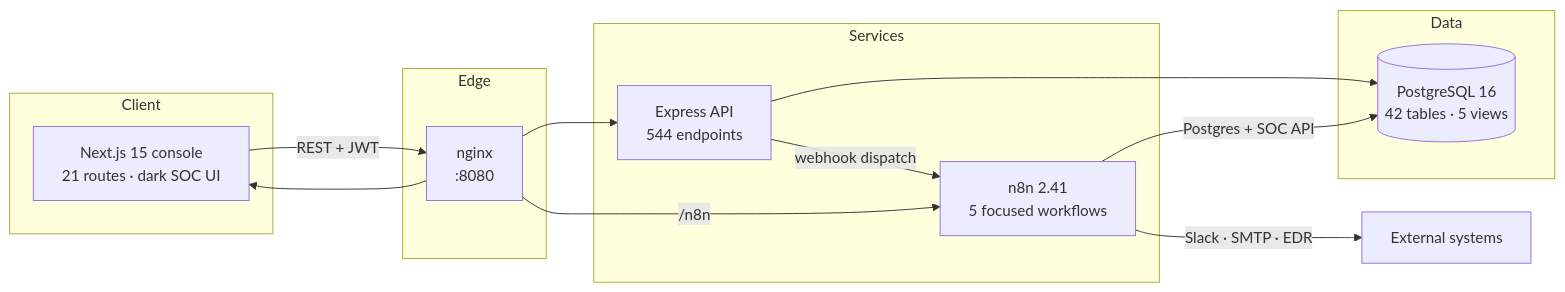
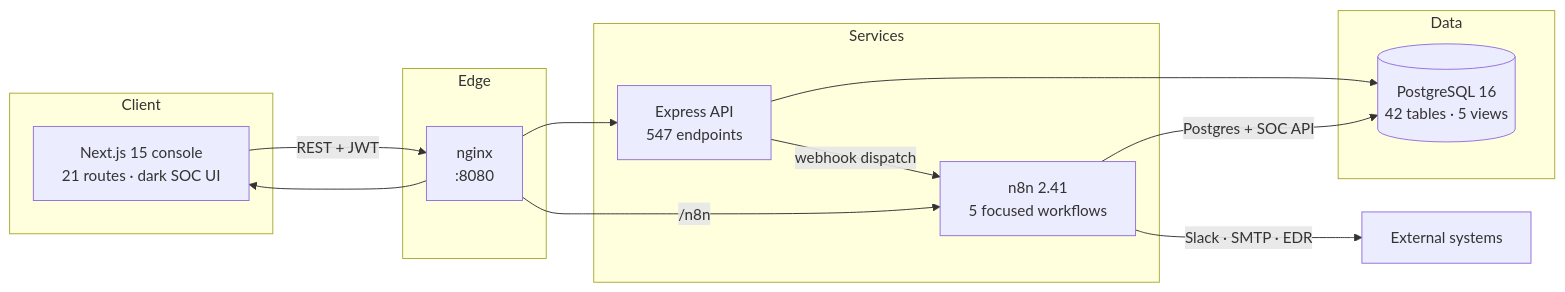
The diagram in README.md (Chamm286/MedicareGuard), drawn with Mermaid before and after one commit. The commit also changed other lines of this file and 79 other files, not shown here.

````diff
--- a/README.md
+++ b/README.md
@@ -57,28 +57,28 @@
 ```mermaid
 flowchart LR
   subgraph Client
     B["Next.js 15 console<br/>21 routes · dark SOC UI"]
   end
 
   subgraph Edge
     N["nginx<br/>:8080"]
   end
 
   subgraph Services
-    A["Express API<br/>544 endpoints"]
+    A["Express API<br/>547 endpoints"]
     W["n8n 2.41<br/>5 focused workflows"]
   end
 
   subgraph Data
     P[("PostgreSQL 16<br/>42 tables · 5 views")]
   end
 
   B -->|REST + JWT| N
   N --> A
   N --> B
   N -->|/n8n| W
   A --> P
   W -->|Postgres + SOC API| P
   W -->|Slack · SMTP · EDR| X["External systems"]
   A -->|webhook dispatch| W
 ```
````
